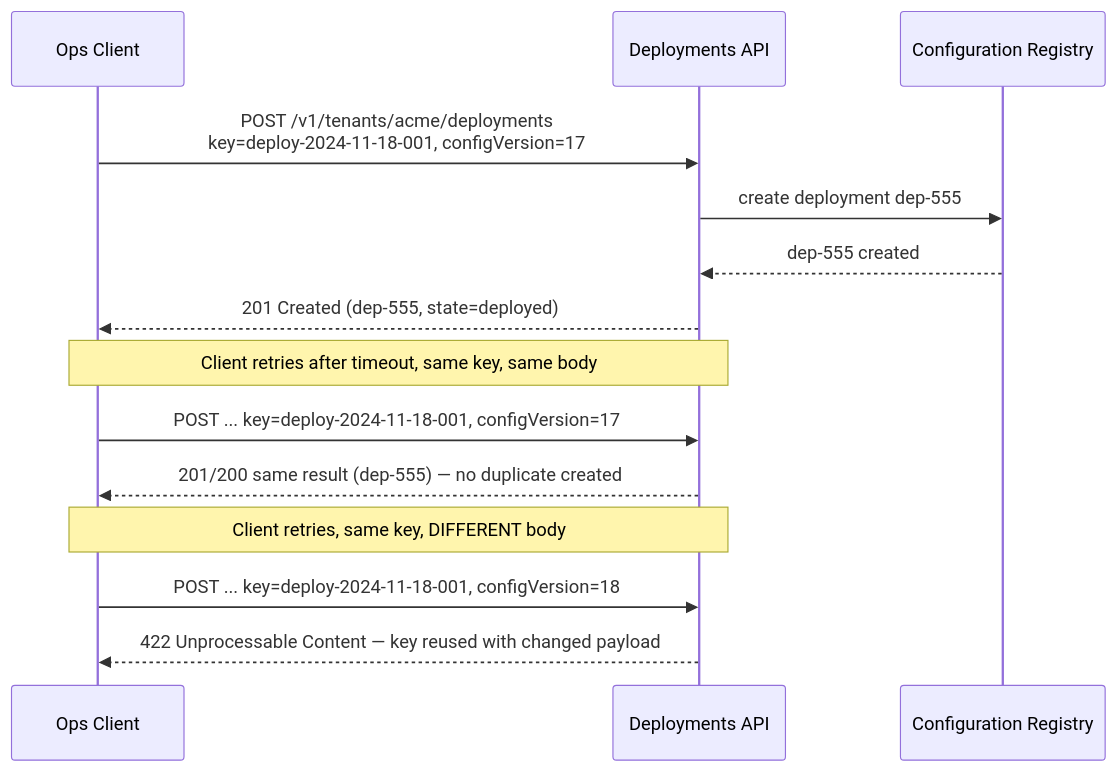
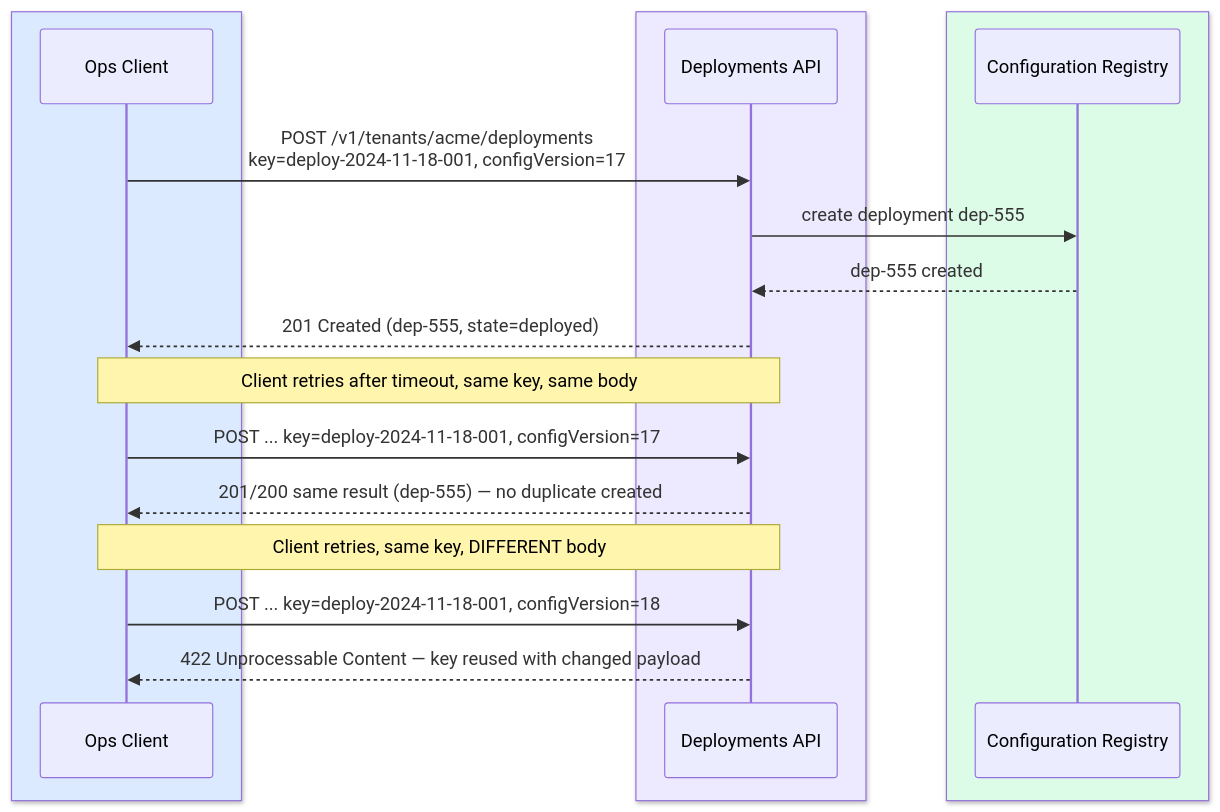
The first of 2 diagrams in site/content/modules/15-fde-case-studies/standalone-designs/configurable-platform-customer-workflows/tutorial-v2-part-3.md (Sourav692/Forward-Deployed-Engineer-Interview-Prep), drawn with Mermaid before and after one commit. The commit also changed other lines of this file and 1268 other files, not shown here.

Commit message:
content: polish casebook prose and colour Mermaid diagrams

````diff
--- a/site/content/modules/15-fde-case-studies/standalone-designs/configurable-platform-customer-workflows/tutorial-v2-part-3.md
+++ b/site/content/modules/15-fde-case-studies/standalone-designs/configurable-platform-customer-workflows/tutorial-v2-part-3.md
@@ -58,19 +58,25 @@
 ```mermaid
 sequenceDiagram
-  participant Client as Ops Client
-  participant API as Deployments API
-  participant Registry as Configuration Registry
+  box rgb(219,234,254)
+      participant Client as Ops Client
+  end
+  box rgb(237,233,254)
+      participant API as Deployments API
+  end
+  box rgb(220,252,231)
+      participant Registry as Configuration Registry
+  end
 
   Client->>API: POST /v1/tenants/acme/deployments<br/>key=deploy-2024-11-18-001, configVersion=17
   API->>Registry: create deployment dep-555
   Registry-->>API: dep-555 created
   API-->>Client: 201 Created (dep-555, state=deployed)
 
   Note over Client,API: Client retries after timeout, same key, same body
   Client->>API: POST ... key=deploy-2024-11-18-001, configVersion=17
   API-->>Client: 201/200 same result (dep-555) — no duplicate created
 
   Note over Client,API: Client retries, same key, DIFFERENT body
   Client->>API: POST ... key=deploy-2024-11-18-001, configVersion=18
   API-->>Client: 422 Unprocessable Content — key reused with changed payload
 ```
````
